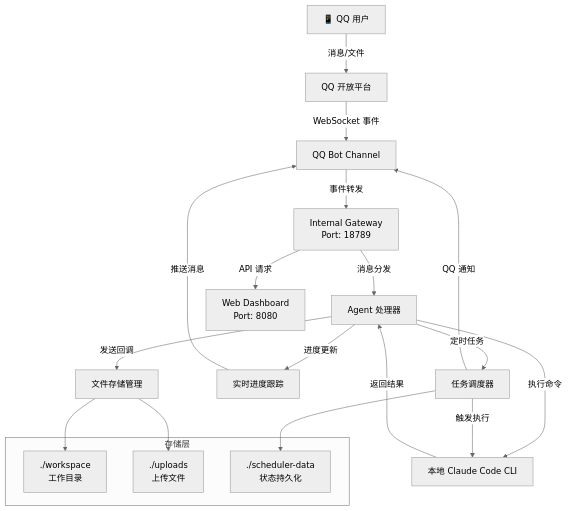
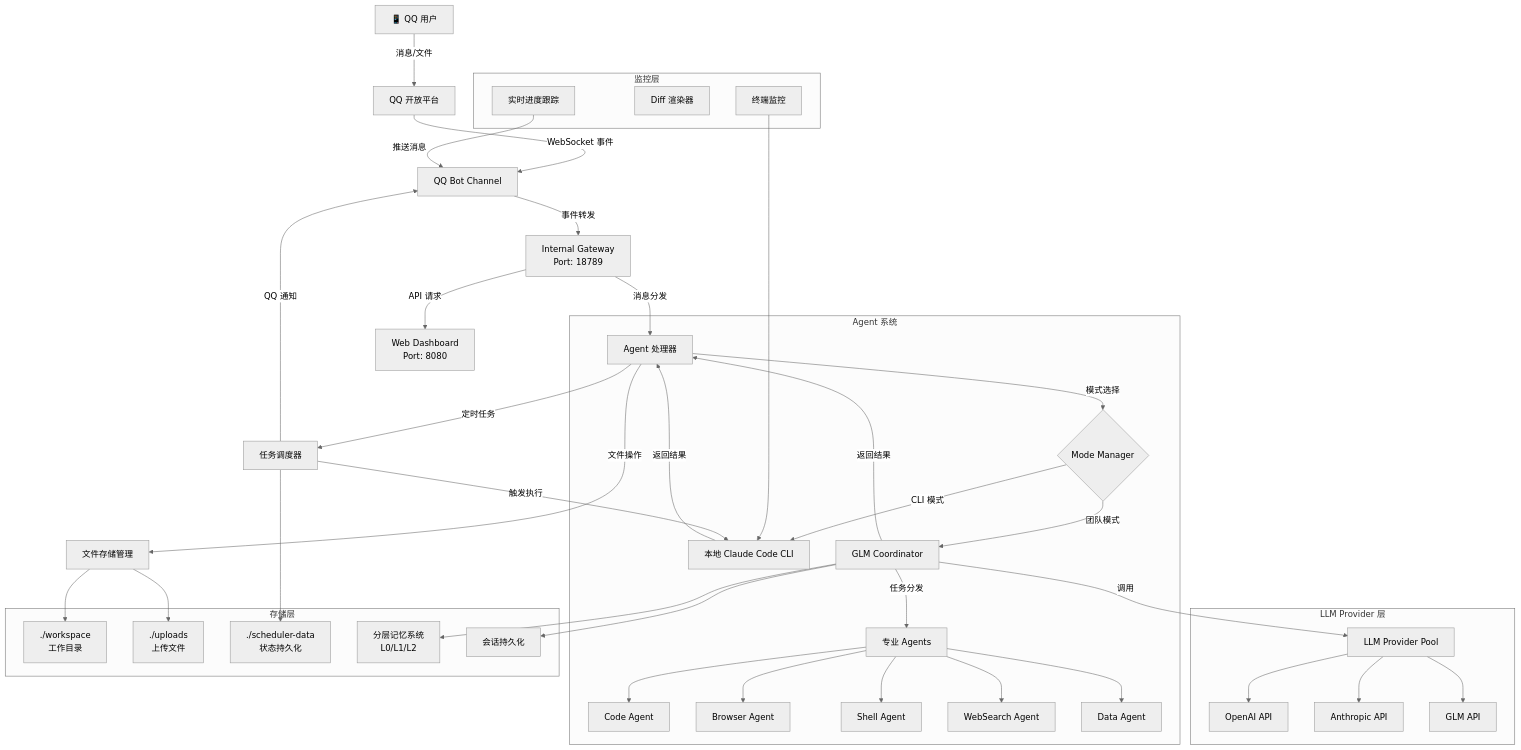
Before and after one commit to VAAN0524/QQ-Claude-Proxy: the diagram in README.md, drawn with Mermaid (neutral theme). The commit also changed other lines of this file and 51 other files, not shown here.

````diff
--- a/README.md
+++ b/README.md
@@ -338,30 +354,60 @@
 ```mermaid
 flowchart TD
     User[📱 QQ 用户] -->|消息/文件| QQ[QQ 开放平台]
     QQ -->|WebSocket 事件| Channel[QQ Bot Channel]
     Channel -->|事件转发| Gateway[Internal Gateway<br/>Port: 18789]
 
     Gateway -->|消息分发| Agent[Agent 处理器]
     Gateway -->|API 请求| Dashboard[Web Dashboard<br/>Port: 8080]
 
-    Agent -->|执行命令| CLI[本地 Claude Code CLI]
+    subgraph Agent 系统
+        Agent -->|模式选择| ModeManager{Mode Manager}
+        ModeManager -->|CLI 模式| CLI[本地 Claude Code CLI]
+        ModeManager -->|团队模式| Coordinator[GLM Coordinator]
+
+        Coordinator -->|任务分发| SubAgents[专业 Agents]
+        SubAgents --> CodeAgent[Code Agent]
+        SubAgents --> BrowserAgent[Browser Agent]
+        SubAgents --> ShellAgent[Shell Agent]
+        SubAgents --> WebSearchAgent[WebSearch Agent]
+        SubAgents --> DataAgent[Data Agent]
+    end
+
+    subgraph LLM Provider 层
+        Coordinator -->|调用| LLM[LLM Provider Pool]
+        LLM --> OpenAI[OpenAI API]
+        LLM --> Anthropic[Anthropic API]
+        LLM --> GLM[GLM API]
+    end
+
     CLI -->|返回结果| Agent
+    Coordinator -->|返回结果| Agent
 
-    Agent -->|发送回调| FileStore[文件存储管理]
-    Agent -->|进度更新| Progress[实时进度跟踪]
+    subgraph 监控层
+        TerminalMonitor[终端监控]
+        DiffRenderer[Diff 渲染器]
+        Progress[实时进度跟踪]
+    end
+
+    TerminalMonitor --> CLI
     Progress -->|推送消息| Channel
 
+    Agent -->|文件操作| FileStore[文件存储管理]
     Agent -->|定时任务| Scheduler[任务调度器]
     Scheduler -->|触发执行| CLI
     Scheduler -->|QQ 通知| Channel
 
     subgraph 存储层
         Workspace[./workspace<br/>工作目录]
         Uploads[./uploads<br/>上传文件]
         State[./scheduler-data<br/>状态持久化]
+        Memory[分层记忆系统<br/>L0/L1/L2]
+        Sessions[会话持久化]
     end
 
     FileStore --> Workspace
     FileStore --> Uploads
     Scheduler --> State
+    Coordinator --> Memory
+    Coordinator --> Sessions
 ```
````
